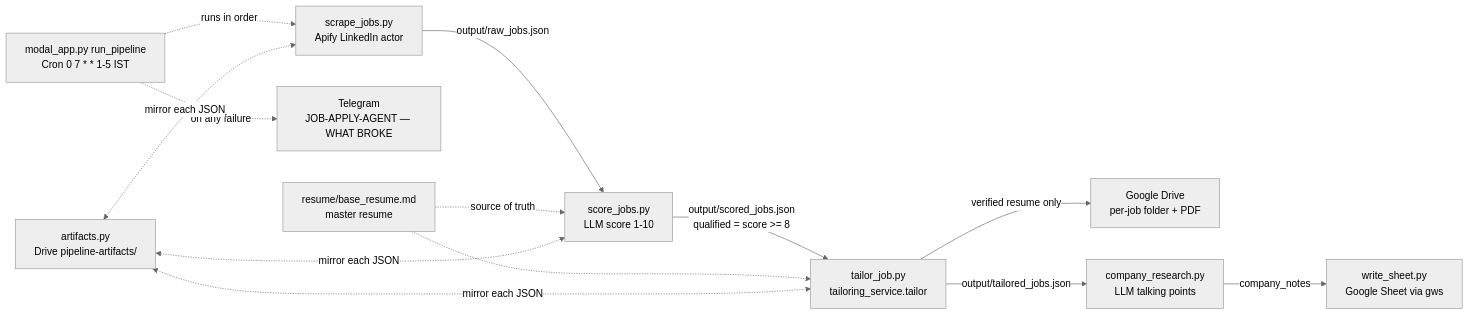
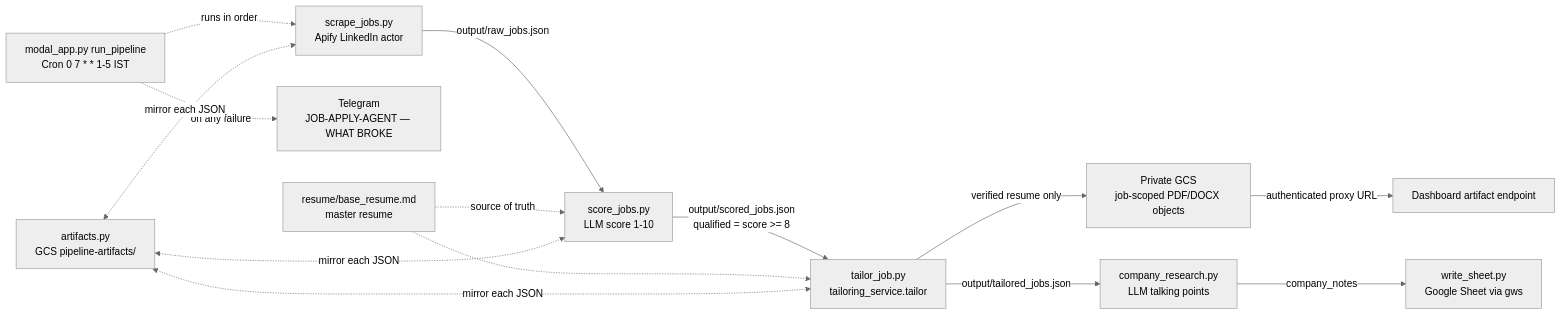
Before and after one commit to Akhilraju363/job-application-ai-agent: the diagram in docs/ARCHITECTURE.md, drawn with Mermaid (neutral theme). The commit also changed other lines of this file and 40 other files, not shown here.

Commit message:
feat(storage): add secure Google auth and GCS artifact storage

````diff
--- a/docs/ARCHITECTURE.md
+++ b/docs/ARCHITECTURE.md
@@ -5,13 +5,14 @@
 ```mermaid
 flowchart LR
     A[scrape_jobs.py<br/>Apify LinkedIn actor] -->|output/raw_jobs.json| B[score_jobs.py<br/>LLM score 1-10]
     B -->|output/scored_jobs.json<br/>qualified = score >= 8| C[tailor_job.py<br/>tailoring_service.tailor]
-    C -->|verified resume only| D[Google Drive<br/>per-job folder + PDF]
+    C -->|verified resume only| D[Private GCS<br/>job-scoped PDF/DOCX objects]
+    D -->|authenticated proxy URL| V[Dashboard artifact endpoint]
     C -->|output/tailored_jobs.json| E[company_research.py<br/>LLM talking points]
     E -->|company_notes| F[write_sheet.py<br/>Google Sheet via gws]
     M[modal_app.py run_pipeline<br/>Cron 0 7 * * 1-5 IST] -.runs in order.-> A
     M -.on any failure.-> T[Telegram<br/>JOB-APPLY-AGENT — WHAT BROKE]
     R[resume/base_resume.md<br/>master resume] -.source of truth.-> B
     R -.-> C
-    X[artifacts.py<br/>Drive pipeline-artifacts/] <-.mirror each JSON.-> A & B & C
+    X[artifacts.py<br/>GCS pipeline-artifacts/] <-.mirror each JSON.-> A & B & C
 ```
````
